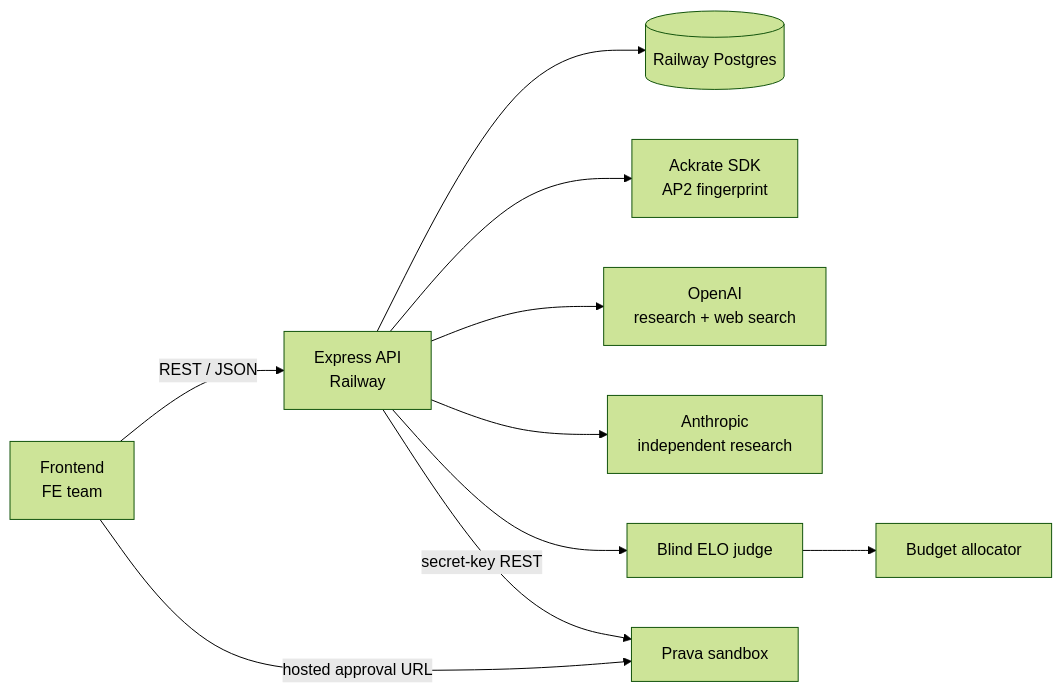
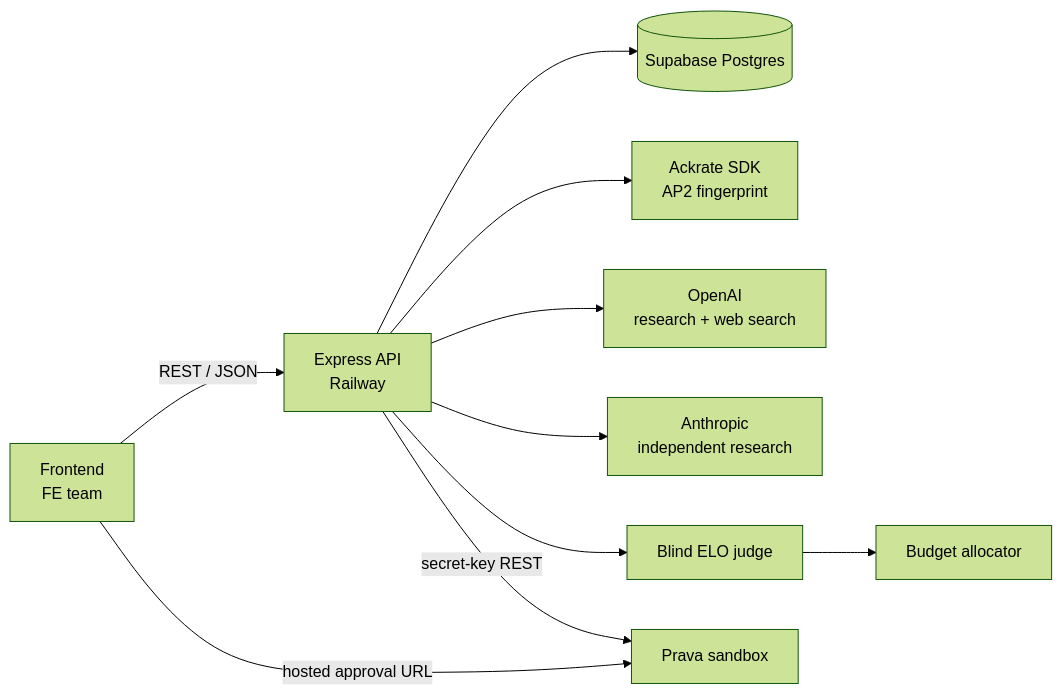
Before and after one commit to reapp-protocol/ackrate-research-arena: the first of 2 diagrams in ARCHITECTURE.md, drawn with Mermaid (forest theme). The commit also changed other lines of this file and 5 other files, not shown here.

````diff
--- a/ARCHITECTURE.md
+++ b/ARCHITECTURE.md
@@ -10,12 +10,12 @@
 ```mermaid
 flowchart LR
     FE["Frontend\nFE team"] -->|"REST / JSON"| API["Express API\nRailway"]
-    API --> DB[("Railway Postgres")]
+    API --> DB[("Supabase Postgres")]
     API --> ACK["Ackrate SDK\nAP2 fingerprint"]
     API --> OA["OpenAI\nresearch + web search"]
     API --> AN["Anthropic\nindependent research"]
     API --> JUDGE["Blind ELO judge"]
     JUDGE --> ALLOC["Budget allocator"]
     API -->|"secret-key REST"| PRAVA["Prava sandbox"]
     FE -->|"hosted approval URL"| PRAVA
 ```
````
